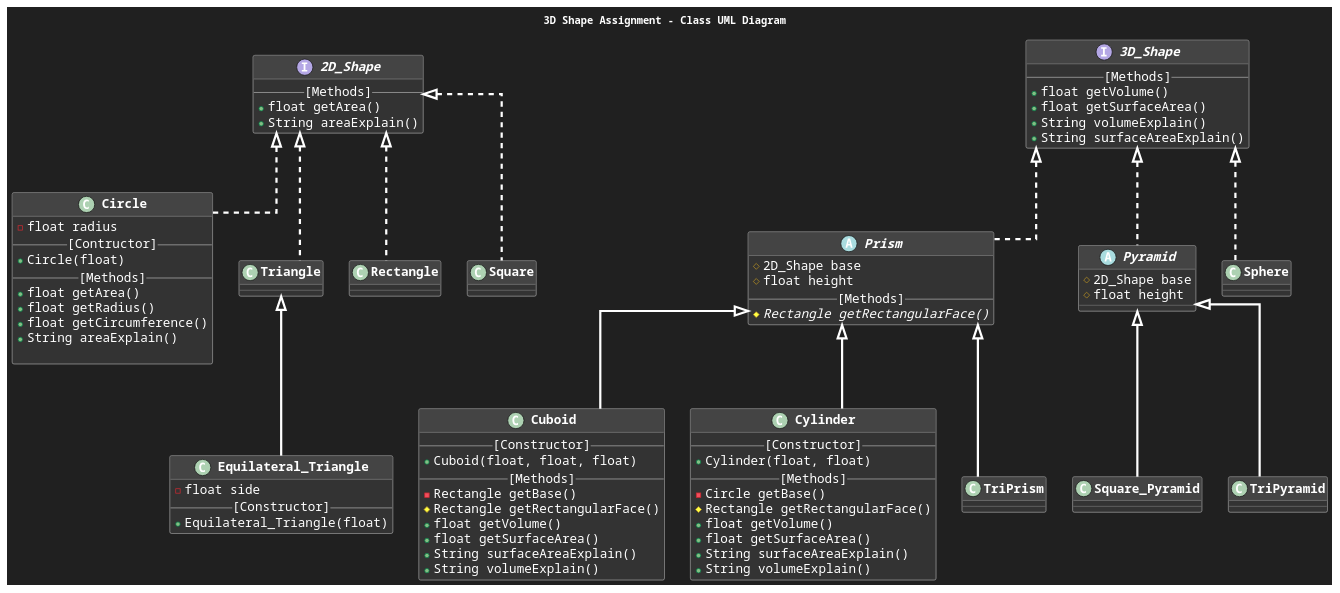
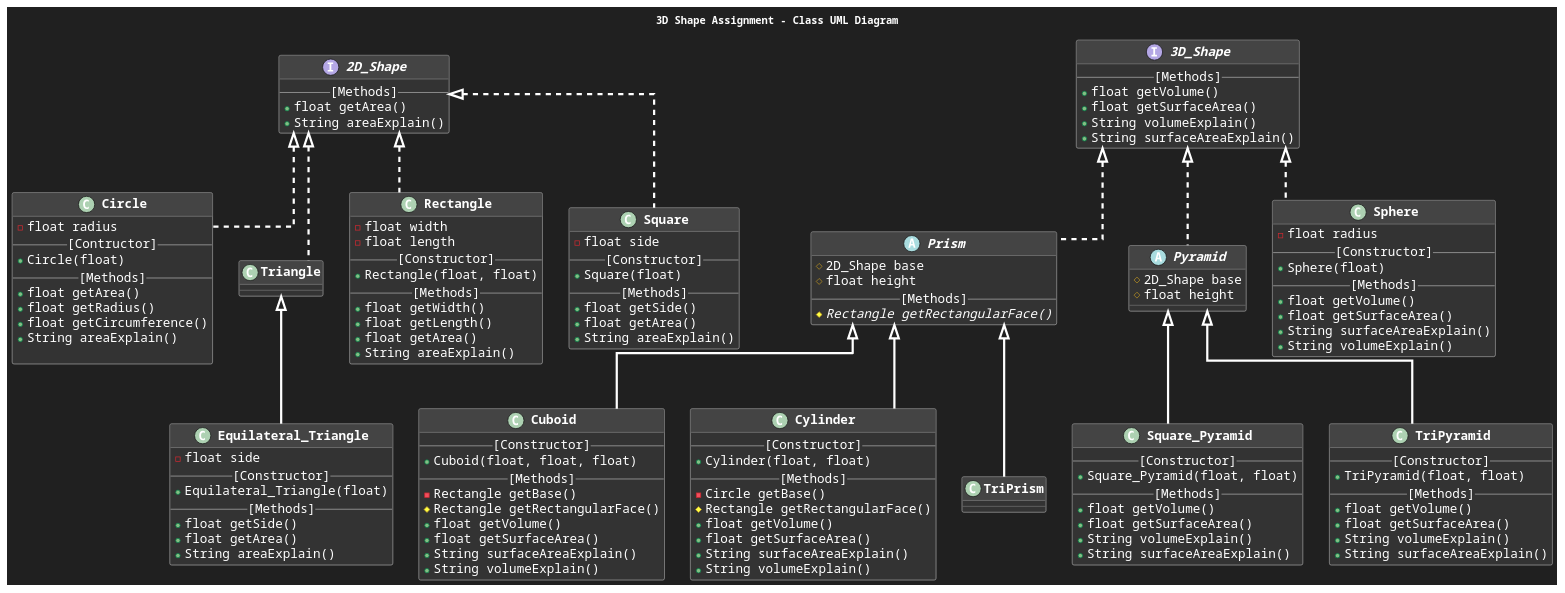
The diagram in structure.puml (FusionStreak/3d-shape-assignment), drawn with PlantUML before and after one commit.

Commit message:
Updated UML

```diff
--- a/structure.puml
+++ b/structure.puml
@@ -1,120 +1,157 @@
 @startuml GeneralStructure
 
 skinparam{
     backgroundColor #202020
     defaultFontName Courier
     defaultFontColor #FFFFFF
 
     ClassBackgroundColor #333333
     ClassBorderColor #AAAAAA
     ClassHeaderBackgroundColor #444444
     ClassFontSize 19
     ClassFontStyle bold
     ClassAttributeFontSize 17
 
 
     Linetype ortho
     ArrowThickness 3
     ArrowColor #FFFFFF
 }
 
 title 3D Shape Assignment - Class UML Diagram
 
 
 interface 2D_Shape {
     --[Methods]--
     + float getArea()
     + String areaExplain()
 }
 
 interface 3D_Shape {
     --[Methods]--
     + float getVolume()
     + float getSurfaceArea()
     + String volumeExplain()
     + String surfaceAreaExplain()
 }
 
 class Circle implements 2D_Shape {
     - float radius
     --[Contructor]--
     + Circle(float)
     --[Methods]--
     + float getArea()
     + float getRadius()
     + float getCircumference()
     + String areaExplain()
 
 }
 
 class Cuboid extends Prism {
     --[Constructor]--
     + Cuboid(float, float, float)
     --[Methods]--
     - Rectangle getBase()
     # Rectangle getRectangularFace()
     + float getVolume()
     + float getSurfaceArea()
     + String surfaceAreaExplain()
     + String volumeExplain()
 }
 
 class Cylinder extends Prism {
     --[Constructor]--
     + Cylinder(float, float)
     --[Methods]--
     - Circle getBase()
     # Rectangle getRectangularFace()
     + float getVolume()
     + float getSurfaceArea()
     + String surfaceAreaExplain()
     + String volumeExplain()
 }
 
 class Equilateral_Triangle extends Triangle {
     - float side
     --[Constructor]--
     + Equilateral_Triangle(float)
+    --[Methods]--
+    + float getSide()
+    + float getArea()
+    + String areaExplain()
 }
 
 abstract class Prism implements 3D_Shape {
     # 2D_Shape base
     # float height
     --[Methods]--
     # {abstract} Rectangle getRectangularFace()
 }
 
 abstract class Pyramid implements 3D_Shape {
     # 2D_Shape base
     # float height
 }
 
 class Rectangle implements 2D_Shape {
-
+    - float width
+    - float length
+    --[Constructor]--
+    + Rectangle(float, float)
+    --[Methods]--
+    + float getWidth()
+    + float getLength()
+    + float getArea()
+    + String areaExplain()
 }
 
 class Sphere implements 3D_Shape {
-
+    - float radius
+    --[Constructor]--
+    + Sphere(float)
+    --[Methods]--
+    + float getVolume()
+    + float getSurfaceArea()
+    + String surfaceAreaExplain()
+    + String volumeExplain()
 }
 
 class Square implements 2D_Shape {
-
+    - float side
+    --[Constructor]--
+    + Square(float)
+    --[Methods]--
+    + float getSide()
+    + float getArea()
+    + String areaExplain()
 }
 
 class Square_Pyramid extends Pyramid {
-
+    --[Constructor]--
+    + Square_Pyramid(float, float)
+    --[Methods]--
+    + float getVolume()
+    + float getSurfaceArea()
+    + String volumeExplain()
+    + String surfaceAreaExplain()
 }
 
 class Triangle implements 2D_Shape {
 
 }
 
 class TriPrism extends Prism    {
 
 }
 
 class TriPyramid extends Pyramid {
-
+    --[Constructor]--
+    + TriPyramid(float, float)
+    --[Methods]--
+    + float getVolume()
+    + float getSurfaceArea()
+    + String volumeExplain()
+    + String surfaceAreaExplain()
 }
 
 @enduml
```
